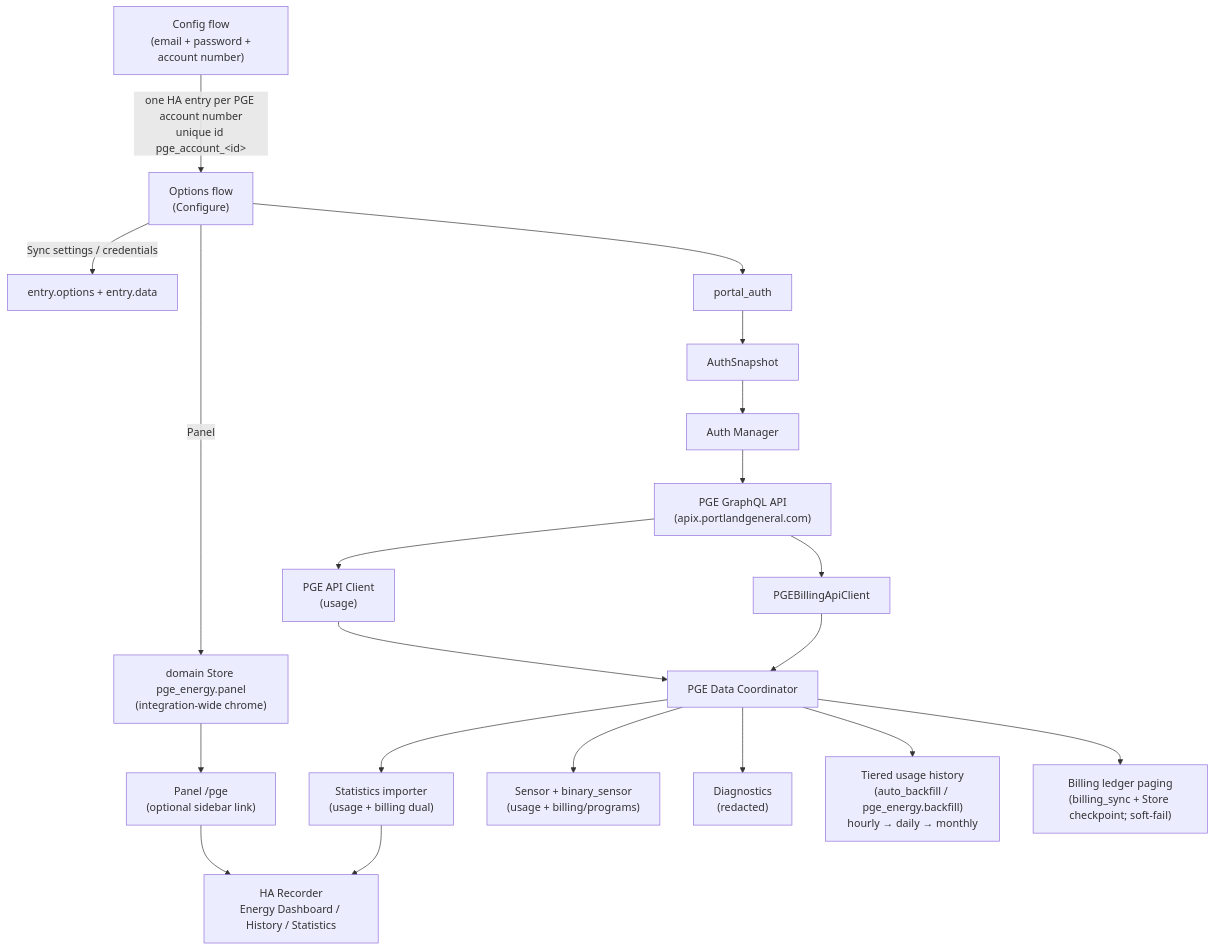
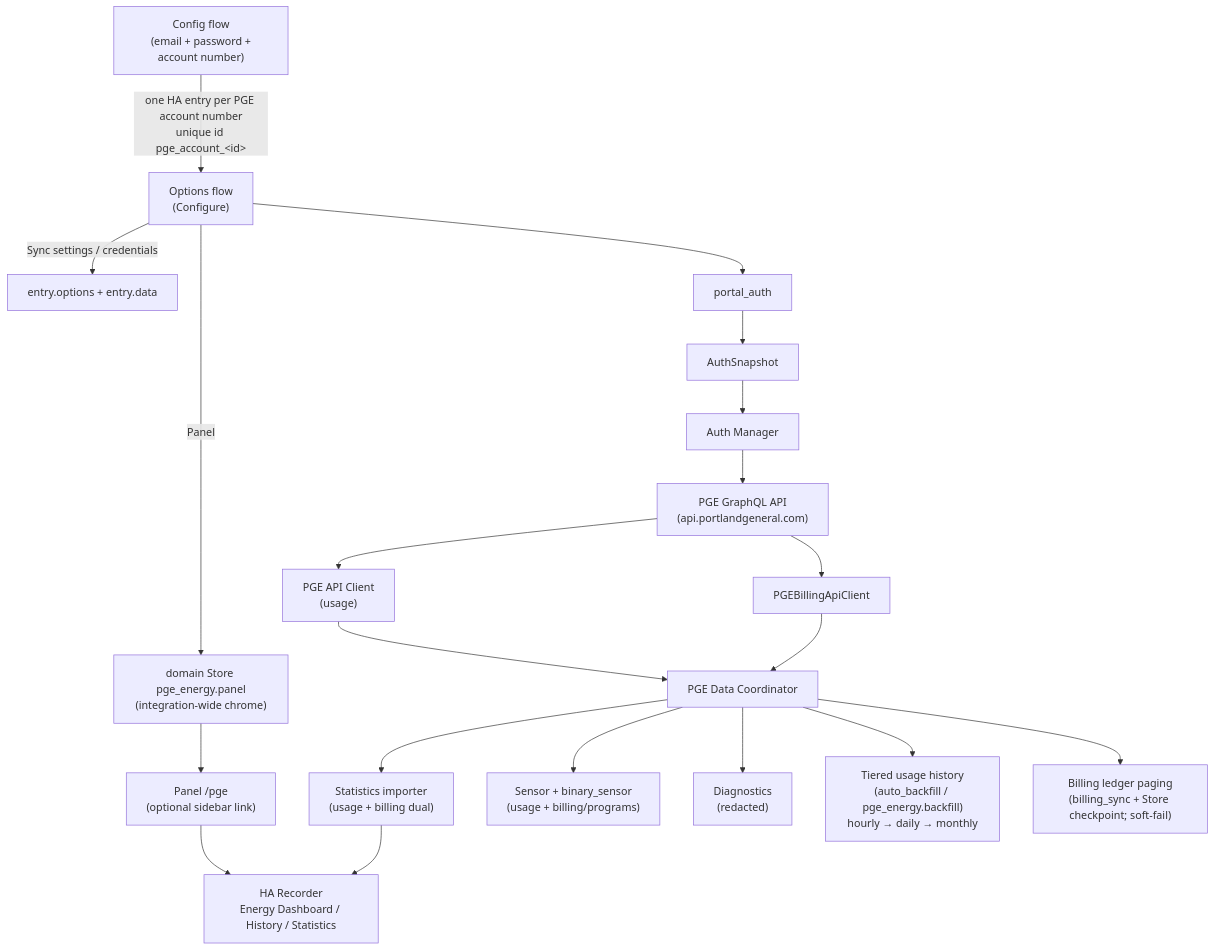
The diagram in docs/ARCHITECTURE.md (spencerthayer/homeassistant-pge), drawn with Mermaid before and after one commit. The commit also changed 13 other files, not shown here.

Commit message:
fix references to the api back to api.portlandgeneral.com

````diff
--- a/docs/ARCHITECTURE.md
+++ b/docs/ARCHITECTURE.md
@@ -5,31 +5,31 @@
 ```mermaid
 flowchart TD
   A1["Config flow<br/> (email + password + account number)"]
   A2["Options flow<br/> (Configure)"]
   A1 -->|"one HA entry per PGE account number<br/>unique id pge_account_#lt;id#gt;"| A2
 
   A2 -->|"Sync settings / credentials"| EntryOptions["entry.options + entry.data"]
   A2 -->|"Panel"| PanelStore["domain Store pge_energy.panel<br/>(integration-wide chrome)"]
   A2 --> PortalAuth[portal_auth]
 
   PortalAuth --> AuthSnapshot[AuthSnapshot]
   AuthSnapshot --> AuthManager[Auth Manager]
-  AuthManager --> PGEAPI["PGE GraphQL API<br/>(apix.portlandgeneral.com)"]
+  AuthManager --> PGEAPI["PGE GraphQL API<br/>(api.portlandgeneral.com)"]
 
   PGEAPI --> PGEUsage["PGE API Client<br/>(usage)"]
   PGEAPI --> PGEBilling[PGEBillingApiClient]
 
   PGEUsage --> Coordinator["PGE Data Coordinator"]
   PGEBilling --> Coordinator
 
   Coordinator --> StatsImporter["Statistics importer<br/>(usage + billing dual)"]
   Coordinator --> Sensors["Sensor + binary_sensor<br/>(usage + billing/programs)"]
   Coordinator --> Diagnostics["Diagnostics<br/>(redacted)"]
 
   StatsImporter --> Recorder["HA Recorder<br/>Energy Dashboard / History / Statistics"]
   PanelStore --> Panel["Panel /pge<br/>(optional sidebar link)"]
   Panel --> Recorder
 
   Coordinator --> Note["Tiered usage history<br/>(auto_backfill / pge_energy.backfill)<br/>hourly → daily → monthly"]
   Coordinator --> BillingNote["Billing ledger paging<br/>(billing_sync + Store checkpoint; soft-fail)"]
 ```
````
